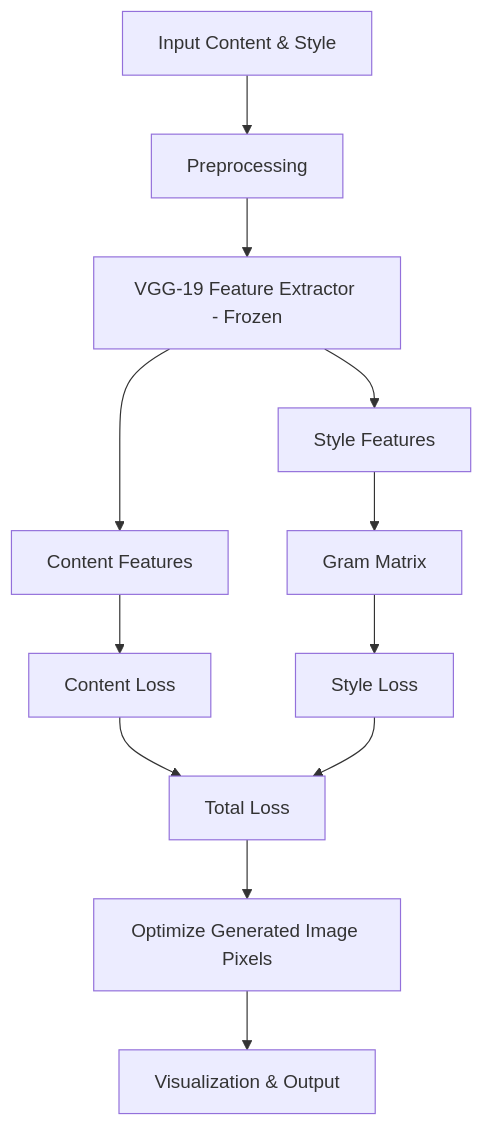
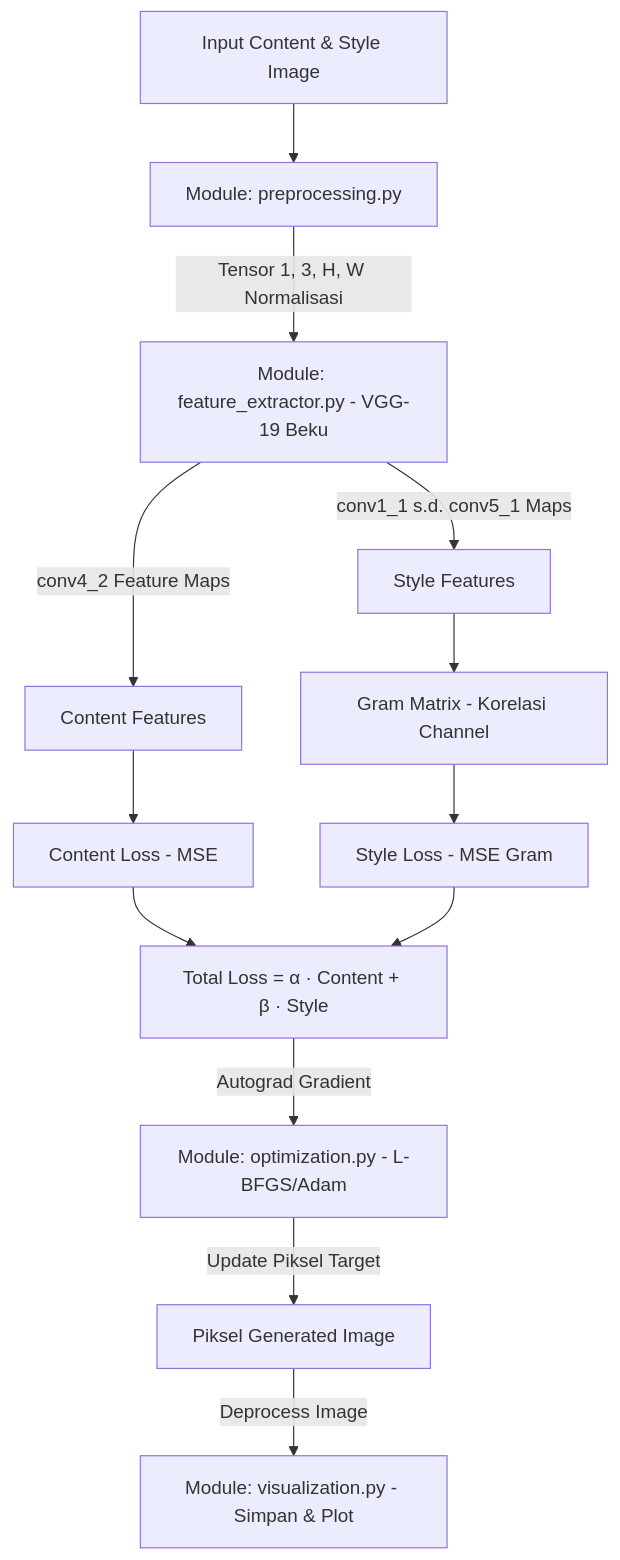
One commit to AI-IF-TelU/-Proyek1-Ethereal-Neural_Style_Transfer- changed the diagram in docs/ARCHITECTURE.md. Above: the diagram before and after it, drawn with Mermaid. The commit also changed other lines of this file and 4 other files, not shown here.

````diff
--- a/docs/ARCHITECTURE.md
+++ b/docs/ARCHITECTURE.md
@@ -4,14 +9,15 @@
 ```mermaid
 graph TD
-    A[Input Content & Style] --> B[Preprocessing]
-    B --> C[VGG-19 Feature Extractor - Frozen]
-    C --> D[Content Features]
-    C --> E[Style Features]
-    D --> F[Content Loss]
-    E --> G[Gram Matrix]
-    G --> H[Style Loss]
-    F --> I[Total Loss]
+    A[Input Content & Style Image] --> B[Module: preprocessing.py]
+    B -->|Tensor 1, 3, H, W Normalisasi| C[Module: feature_extractor.py - VGG-19 Beku]
+    C -->|conv4_2 Feature Maps| D[Content Features]
+    C -->|conv1_1 s.d. conv5_1 Maps| E[Style Features]
+    D --> F[Content Loss - MSE]
+    E --> G[Gram Matrix - Korelasi Channel]
+    G --> H[Style Loss - MSE Gram]
+    F --> I[Total Loss = α · Content + β · Style]
     H --> I
-    I --> J[Optimize Generated Image Pixels]
-    J --> K[Visualization & Output]
+    I -->|Autograd Gradient| J[Module: optimization.py - L-BFGS/Adam]
+    J -->|Update Piksel Target| K[Piksel Generated Image]
+    K -->|Deprocess Image| L[Module: visualization.py - Simpan & Plot]
 ```
````
